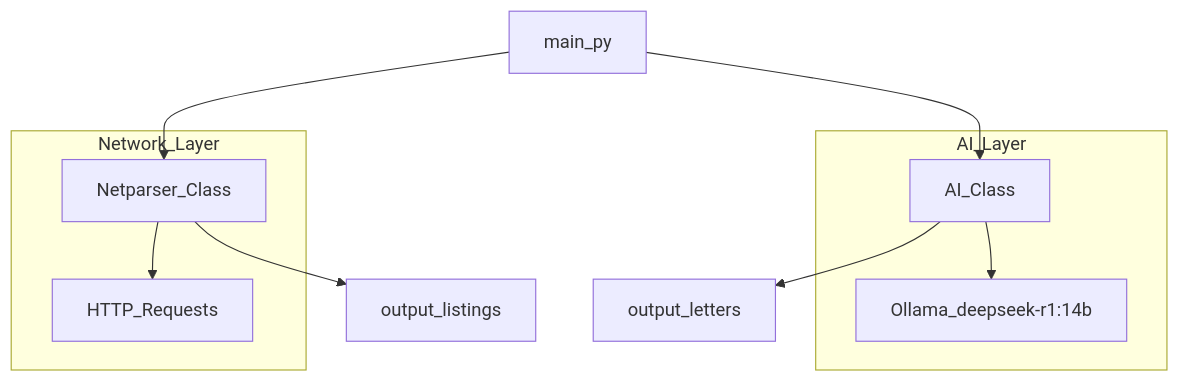
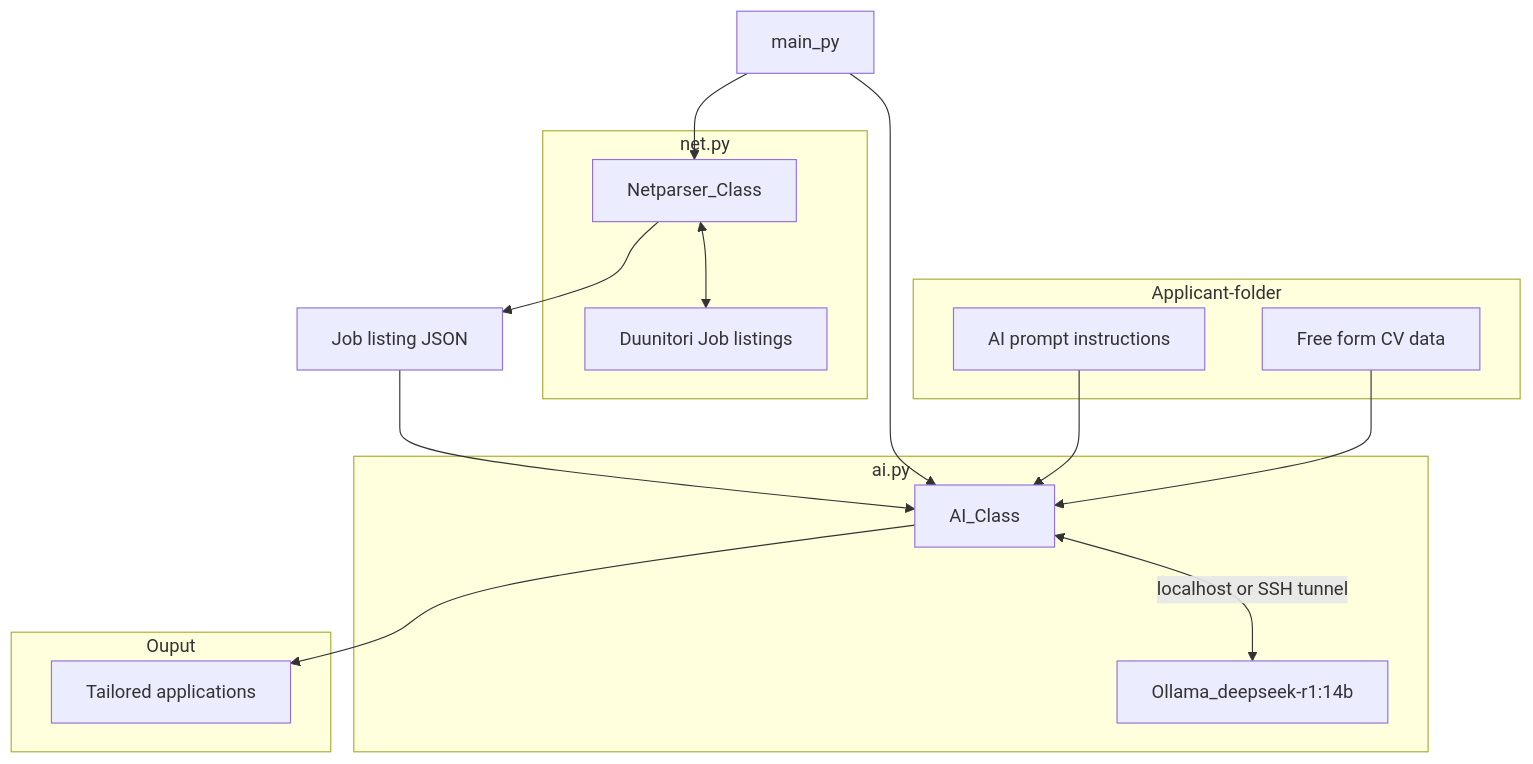
Before and after one commit to valteppo/jobcrawl: the diagram in README.md, drawn with Mermaid. The commit also changed other lines of this file, not shown here.

````diff
--- a/README.md
+++ b/README.md
@@ -1,21 +21,31 @@
 ```mermaid
 graph TD
-    subgraph AI_Layer
+    subgraph ai.py
         AIClass[AI_Class]
         LLM[Ollama_deepseek-r1:14b]
-        AIClass --> LLM
+        AIClass <-->|localhost or SSH tunnel| LLM
     end
 
-    subgraph Network_Layer
+    subgraph net.py
         NetparserClass[Netparser_Class]
-        HTTP[HTTP_Requests]
-        NetparserClass --> HTTP
+        HTTP[Duunitori Job listings]
+        NetparserClass <--> HTTP
+    end
+
+    subgraph Applicant-folder
+        CV[Free form CV data] --> AIClass
+        instr[AI prompt instructions] --> AIClass
+    end
+
+    subgraph Ouput
+        OutputLetters
     end
 
     MainApp[main_py] --> NetparserClass
     MainApp --> AIClass
 
-    NetparserClass --> OutputListings[output_listings]
-    AIClass --> OutputLetters[output_letters]
+    NetparserClass --> OutputListings[Job listing JSON]
+    AIClass --> OutputLetters[Tailored applications]
+    OutputListings --> AIClass
 
 ```
````
